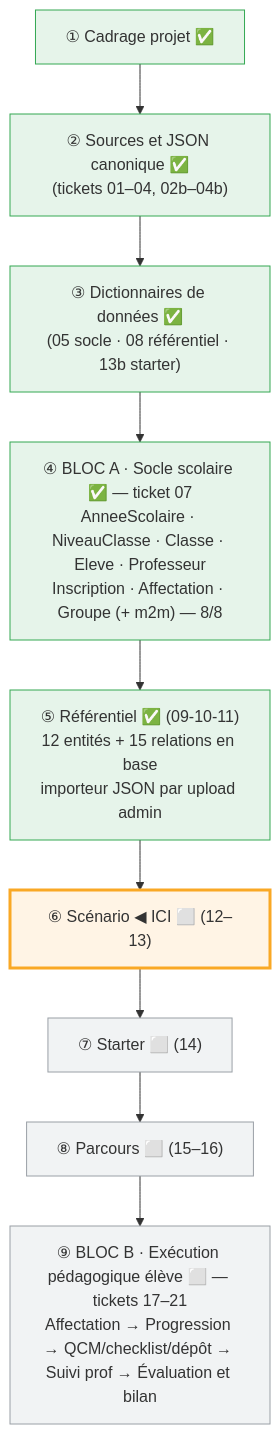
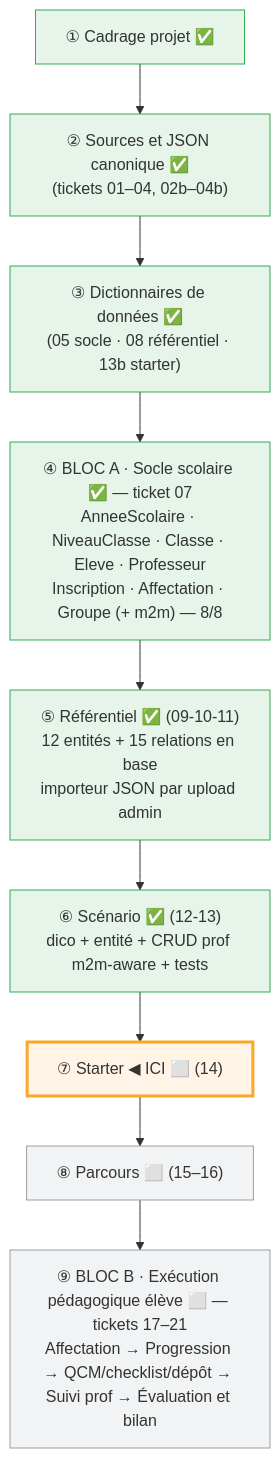
The diagram in docs/journal-de-progression.md (caucrogeGit/ReferenCiel-Manager), drawn with Mermaid before and after one commit. The commit also changed other lines of this file and 1 other file, not shown here.

First line of the commit message:
docs(journal): phase ⑥ Scénario terminée + F27 généralisé (retour-012)

````diff
--- a/docs/journal-de-progression.md
+++ b/docs/journal-de-progression.md
@@ -695,19 +726,19 @@
 ```mermaid
 flowchart TD
     A["① Cadrage projet ✅"]
     B["② Sources et JSON canonique ✅<br/>(tickets 01–04, 02b–04b)"]
     C["③ Dictionnaires de données ✅<br/>(05 socle · 08 référentiel · 13b starter)"]
     D["④ BLOC A · Socle scolaire ✅ — ticket 07<br/>AnneeScolaire · NiveauClasse · Classe · Eleve · Professeur<br/>Inscription · Affectation · Groupe (+ m2m) — 8/8"]
     E["⑤ Référentiel ✅ (09-10-11)<br/>12 entités + 15 relations en base<br/>importeur JSON par upload admin"]
-    F["⑥ Scénario ◀ ICI ⬜ (12–13)"]
-    G["⑦ Starter ⬜ (14)"]
+    F["⑥ Scénario ✅ (12-13)<br/>dico + entité + CRUD prof m2m-aware + tests"]
+    G["⑦ Starter ◀ ICI ⬜ (14)"]
     H["⑧ Parcours ⬜ (15–16)"]
     I["⑨ BLOC B · Exécution pédagogique élève ⬜ — tickets 17–21<br/>Affectation → Progression → QCM/checklist/dépôt → Suivi prof → Évaluation et bilan"]
     A --> B --> C --> D --> E --> F --> G --> H --> I
     classDef done fill:#e6f4ea,stroke:#34a853;
     classDef current fill:#fff4e5,stroke:#f9a825,stroke-width:3px;
     classDef todo fill:#f1f3f4,stroke:#9aa0a6;
-    class A,B,C,D,E done
-    class F current
-    class G,H,I todo
+    class A,B,C,D,E,F done
+    class G current
+    class H,I todo
 ```
````
